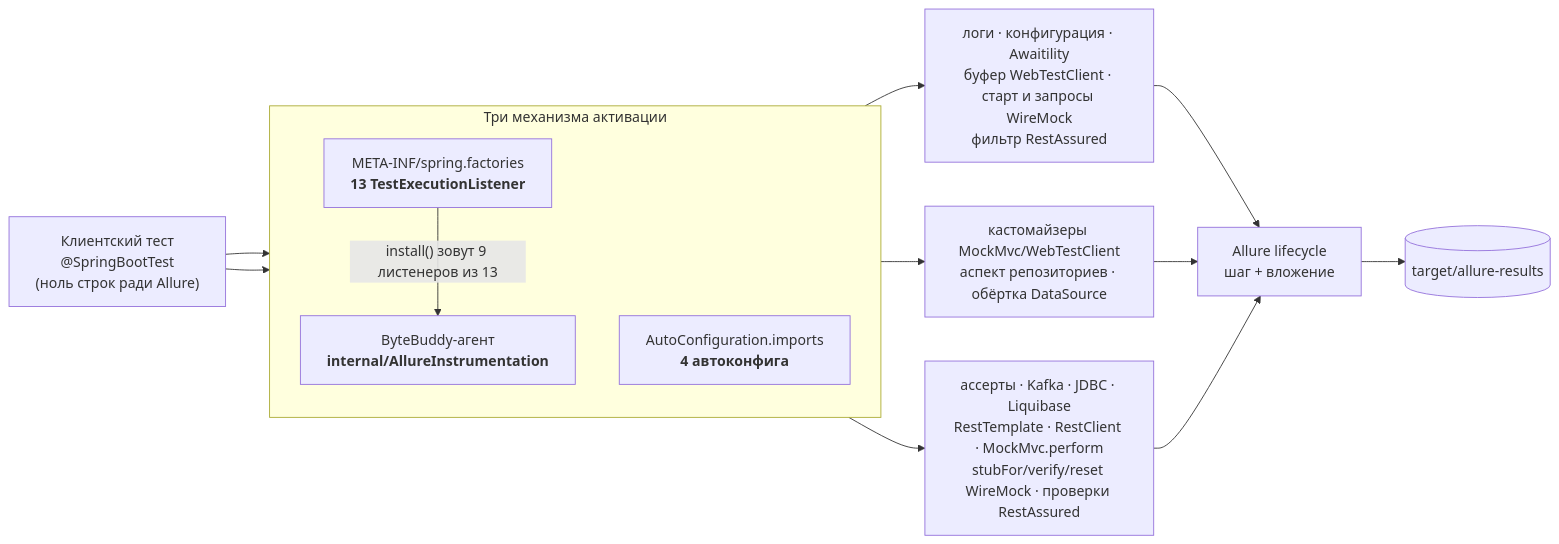
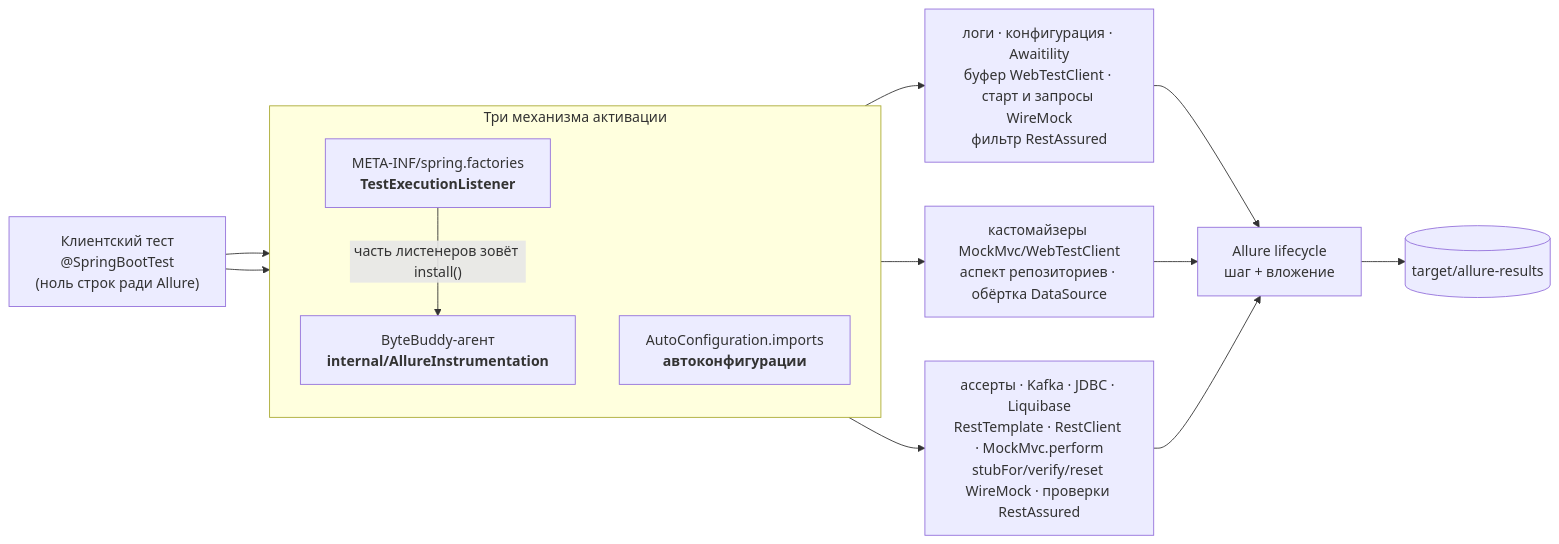
The diagram in docs/architecture.md (kolomyychenkoai/allure-spring-test), drawn with Mermaid before and after one commit. The commit also changed other lines of this file and 8 other files, not shown here.

````diff
--- a/docs/architecture.md
+++ b/docs/architecture.md
@@ -75,24 +81,24 @@
 ```mermaid
 flowchart LR
     T["Клиентский тест<br/>@SpringBootTest<br/>(ноль строк ради Allure)"]
 
     subgraph ACT["Три механизма активации"]
         direction TB
-        L["META-INF/spring.factories<br/><b>13 TestExecutionListener</b>"]
-        A["AutoConfiguration.imports<br/><b>4 автоконфига</b>"]
+        L["META-INF/spring.factories<br/><b>TestExecutionListener</b>"]
+        A["AutoConfiguration.imports<br/><b>автоконфигурации</b>"]
         B["ByteBuddy-агент<br/><b>internal/AllureInstrumentation</b>"]
     end
 
     T --> L
     T --> A
-    L -- "install() зовут 9 листенеров из 13" --> B
+    L -- "часть листенеров зовёт install()" --> B
 
     L --> M1["логи · конфигурация · Awaitility<br/>буфер WebTestClient · старт и запросы WireMock<br/>фильтр RestAssured"]
     A --> M2["кастомайзеры MockMvc/WebTestClient<br/>аспект репозиториев · обёртка DataSource"]
     B --> M3["ассерты · Kafka · JDBC · Liquibase<br/>RestTemplate · RestClient · MockMvc.perform<br/>stubFor/verify/reset WireMock · проверки RestAssured"]
 
     M1 --> AL["Allure lifecycle<br/>шаг + вложение"]
     M2 --> AL
     M3 --> AL
     AL --> R[("target/allure-results")]
 ```
````
